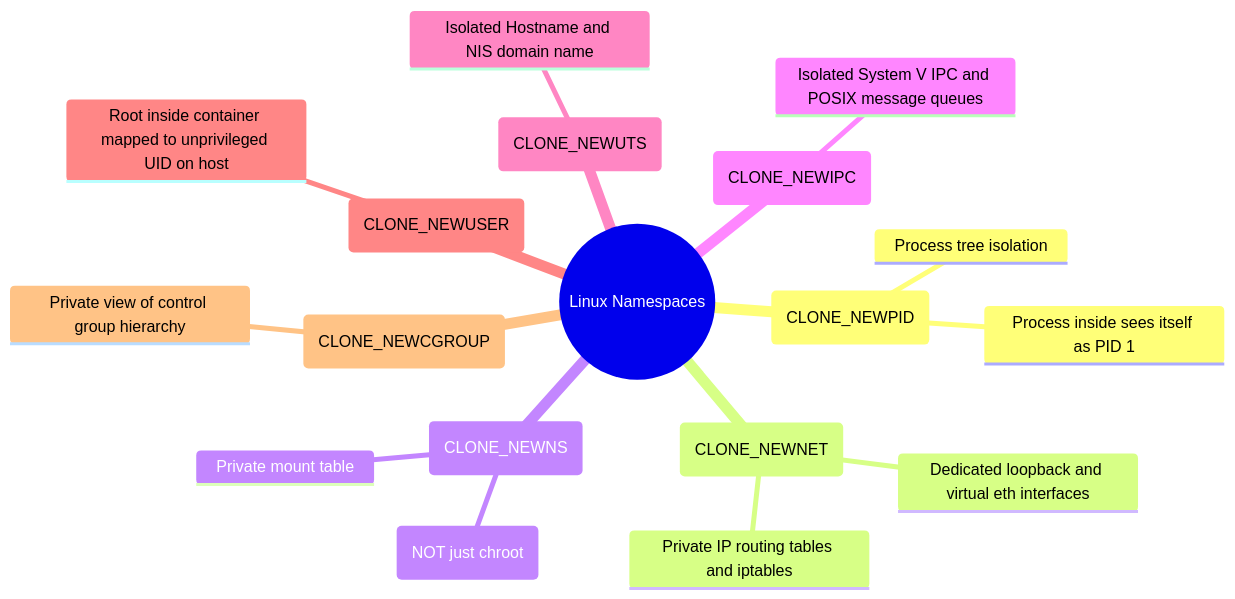
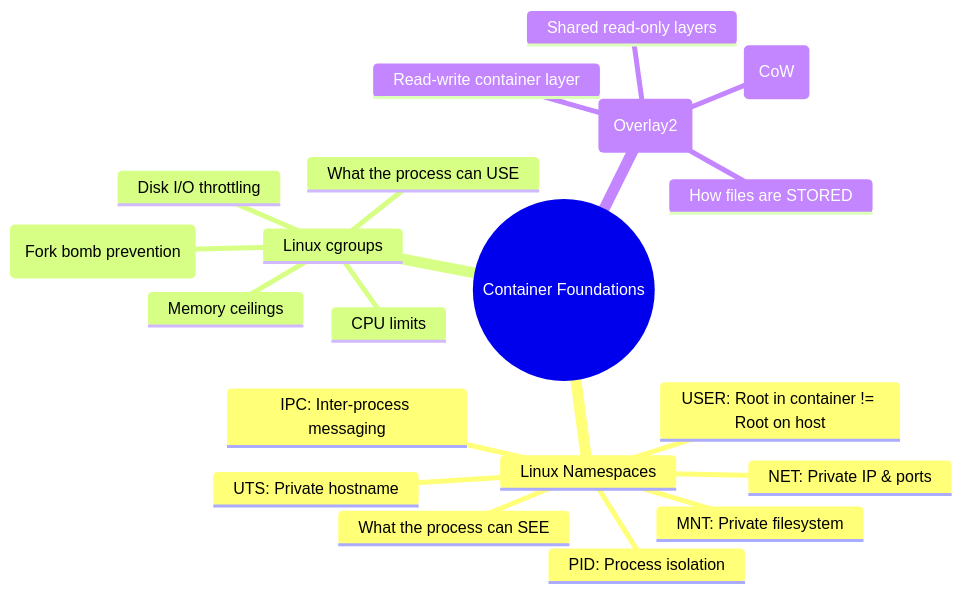
The fifth of 7 diagrams in 01-Docker/01-Core-Concepts-and-Architecture.md (PandeyKishan/Study-Notes), drawn with Mermaid before and after one commit. The commit also changed other lines of this file and 20 other files, not shown here.

````diff
--- a/01-Docker/01-Core-Concepts-and-Architecture.md
+++ b/01-Docker/01-Core-Concepts-and-Architecture.md
@@ -44,21 +164,23 @@
 ```mermaid
 mindmap
-  root((Linux Namespaces))
-    PID (CLONE_NEWPID)
-      Process tree isolation
-      Process inside sees itself as PID 1
-    NET (CLONE_NEWNET)
-      Dedicated loopback and virtual eth interfaces
-      Private IP routing tables and iptables
-    MNT (CLONE_NEWNS)
-      Private mount table
-      Isolated filesystem root via pivot_root (NOT just chroot)
-    IPC (CLONE_NEWIPC)
-      Isolated System V IPC and POSIX message queues
-    UTS (CLONE_NEWUTS)
-      Isolated Hostname and NIS domain name
-    USER (CLONE_NEWUSER)
-      Root inside container mapped to unprivileged UID on host
-    CGROUP (CLONE_NEWCGROUP)
-      Private view of control group hierarchy
+  root((Container Foundations))
+    Linux Namespaces
+      What the process can SEE
+      PID: Process isolation
+      NET: Private IP & ports
+      MNT: Private filesystem
+      IPC: Inter-process messaging
+      UTS: Private hostname
+      USER: Root in container != Root on host
+    Linux cgroups
+      What the process can USE
+      CPU limits
+      Memory ceilings
+      Disk I/O throttling
+      PID limits (Fork bomb prevention)
+    Union Filesystem (Overlay2)
+      How files are STORED
+      Shared read-only layers
+      Read-write container layer
+      Copy-on-Write (CoW)
 ```
````
